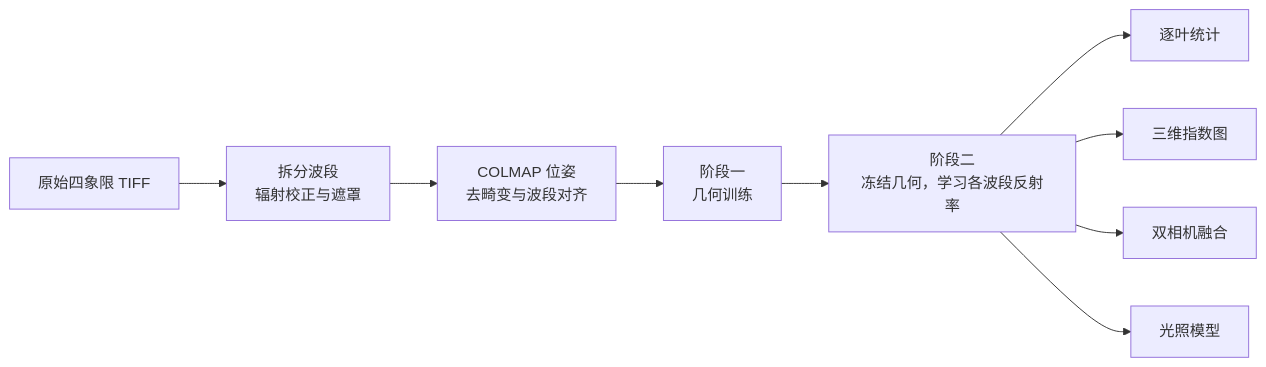
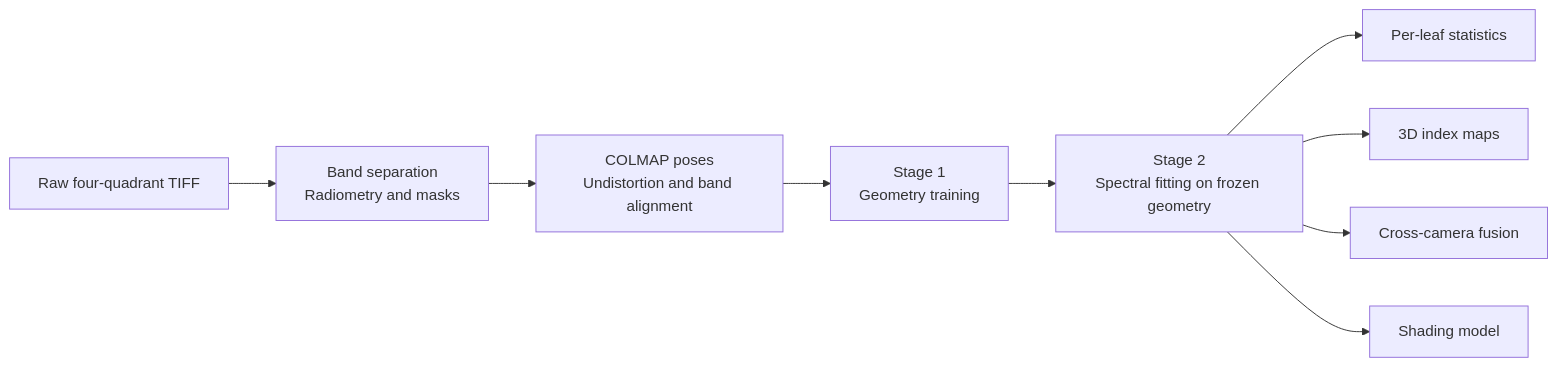
Before and after one commit to HiroGitea/leafweave: the diagram in README.md, drawn with Mermaid. The commit also changed other lines of this file and 2 other files, not shown here.

````diff
--- a/README.md
+++ b/README.md
@@ -35,11 +159,11 @@
 ```mermaid
 flowchart LR
-    A["原始四象限 TIFF"] --> B["拆分波段<br>辐射校正与遮罩"]
-    B --> C["COLMAP 位姿<br>去畸变与波段对齐"]
-    C --> D["阶段一<br>几何训练"]
-    D --> E["阶段二<br>冻结几何，学习各波段反射率"]
-    E --> F["逐叶统计"]
-    E --> G["三维指数图"]
-    E --> H["双相机融合"]
-    E --> I["光照模型"]
+    A["Raw four-quadrant TIFF"] --> B["Band separation<br>Radiometry and masks"]
+    B --> C["COLMAP poses<br>Undistortion and band alignment"]
+    C --> D["Stage 1<br>Geometry training"]
+    D --> E["Stage 2<br>Spectral fitting on frozen geometry"]
+    E --> F["Per-leaf statistics"]
+    E --> G["3D index maps"]
+    E --> H["Cross-camera fusion"]
+    E --> I["Shading model"]
 ```
````
